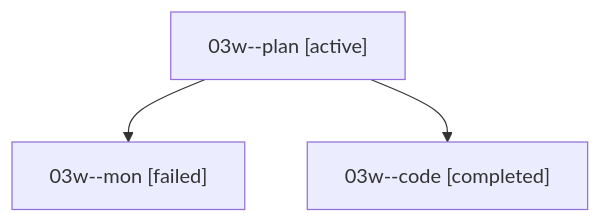
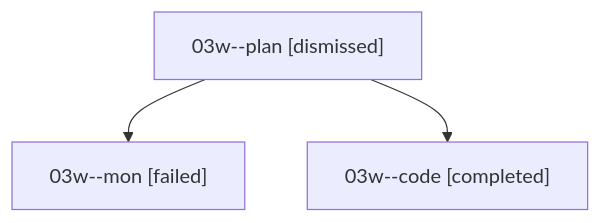
The diagram in sessions/bbugyi200.athena.03w.md (sase-org/sase--agents), drawn with Mermaid before and after one commit. The commit also changed other lines of this file and 25 other files, not shown here.

````diff
--- a/sessions/bbugyi200.athena.03w.md
+++ b/sessions/bbugyi200.athena.03w.md
@@ -9,8 +9,8 @@
 ```mermaid
 flowchart TD
-  n0["03w--plan [active]"]
+  n0["03w--plan [dismissed]"]
   n1["03w--mon [failed]"]
   n0 --> n1
   n2["03w--code [completed]"]
   n0 --> n2
 ```
````
